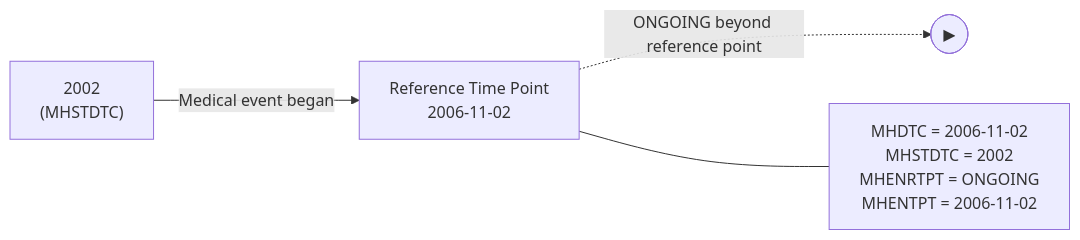
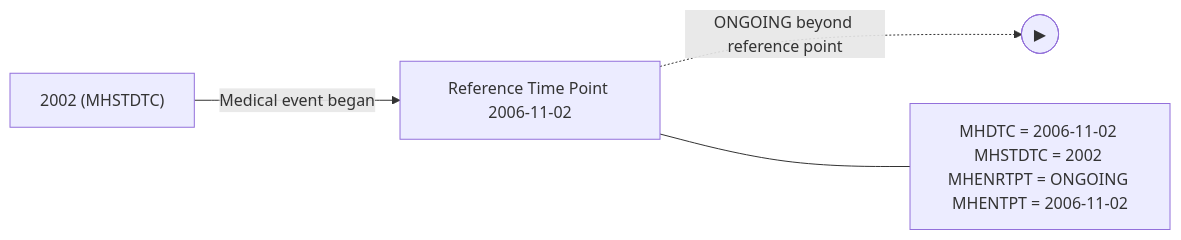
One commit to hakupao/sdtm-pedia changed the second of 4 diagrams in knowledge_base/chapters/ch04_general_assumptions.md. Above: the diagram before and after it, drawn with Mermaid. The commit also changed other lines of this file and 72 other files, not shown here.

````diff
--- a/knowledge_base/chapters/ch04_general_assumptions.md
+++ b/knowledge_base/chapters/ch04_general_assumptions.md
@@ -328,10 +328,10 @@
 ```mermaid
 graph LR
-    REF["Reference Time Point\n2006-11-02"]
-    YEAR["2002\n(MHSTDTC)"]
-    CTP["MHDTC = 2006-11-02\nMHSTDTC = 2002\nMHENRTPT = ONGOING\nMHENTPT = 2006-11-02"]
+    REF["Reference Time Point 2006-11-02"]
+    YEAR["2002 (MHSTDTC)"]
+    CTP["MHDTC = 2006-11-02 MHSTDTC = 2002 MHENRTPT = ONGOING MHENTPT = 2006-11-02"]
 
     YEAR -->|"Medical event began"| REF
     REF -.->|"ONGOING beyond reference point"| AFTER(["▶"])
     REF --- CTP
 ```
````
